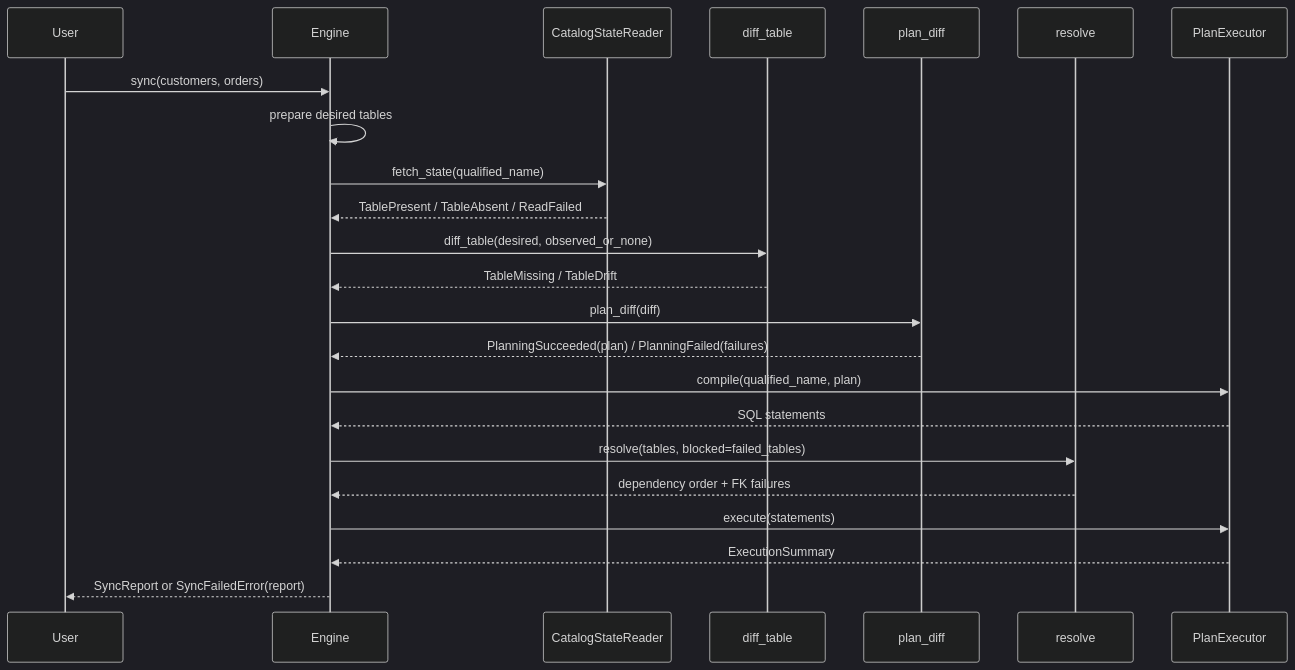
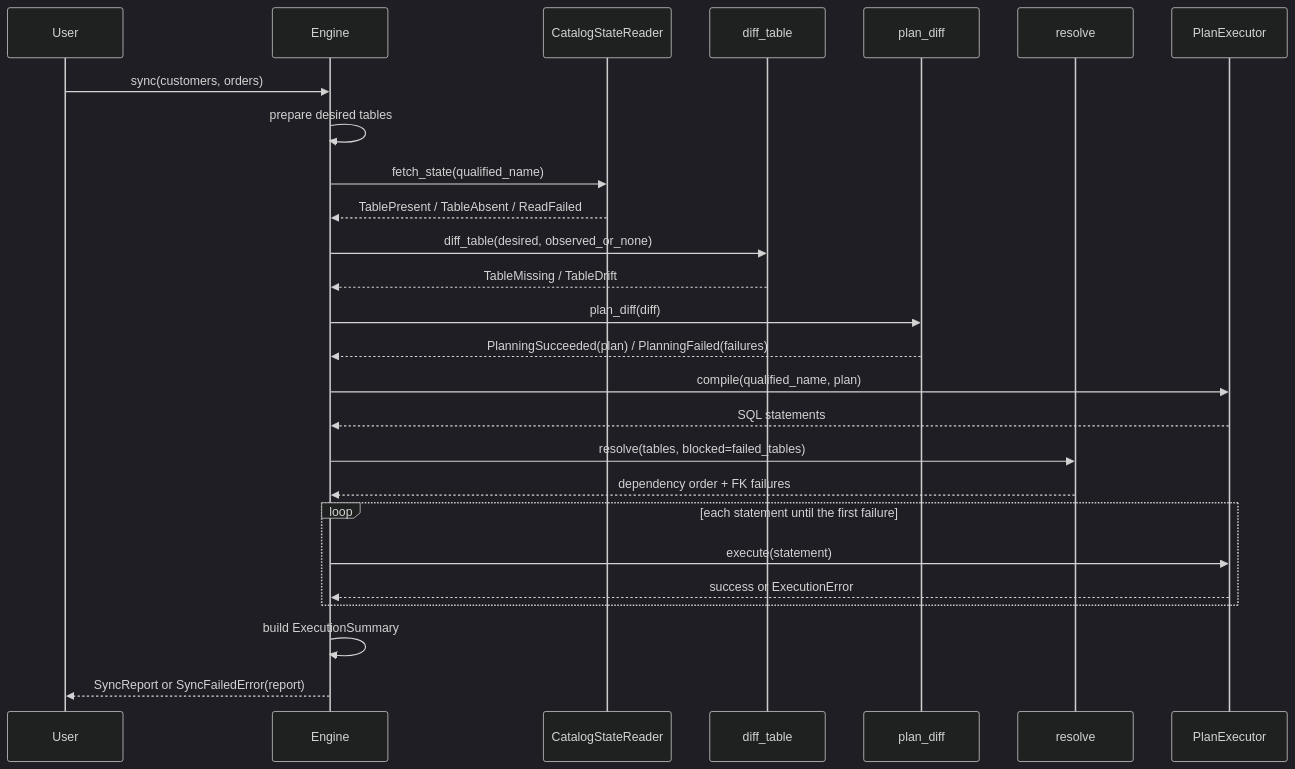
One commit to Tomoscorbin/delta-engine changed the third of 5 diagrams in docs/explanation-architecture.md. Above: the diagram before and after it, drawn with Mermaid (dark theme). The commit also changed other lines of this file and 20 other files, not shown here.

````diff
--- a/docs/explanation-architecture.md
+++ b/docs/explanation-architecture.md
@@ -248,26 +247,29 @@
 ```mermaid
 sequenceDiagram
     participant User
     participant Engine
     participant Reader as CatalogStateReader
     participant Differ as diff_table
     participant Planner as plan_diff
     participant Resolver as resolve
     participant Executor as PlanExecutor
 
     User->>Engine: sync(customers, orders)
     Engine->>Engine: prepare desired tables
     Engine->>Reader: fetch_state(qualified_name)
     Reader-->>Engine: TablePresent / TableAbsent / ReadFailed
     Engine->>Differ: diff_table(desired, observed_or_none)
     Differ-->>Engine: TableMissing / TableDrift
     Engine->>Planner: plan_diff(diff)
     Planner-->>Engine: PlanningSucceeded(plan) / PlanningFailed(failures)
     Engine->>Executor: compile(qualified_name, plan)
     Executor-->>Engine: SQL statements
     Engine->>Resolver: resolve(tables, blocked=failed_tables)
     Resolver-->>Engine: dependency order + FK failures
-    Engine->>Executor: execute(statements)
-    Executor-->>Engine: ExecutionSummary
+    loop each statement until the first failure
+        Engine->>Executor: execute(statement)
+        Executor-->>Engine: success or ExecutionError
+    end
+    Engine->>Engine: build ExecutionSummary
     Engine-->>User: SyncReport or SyncFailedError(report)
 ```
````
